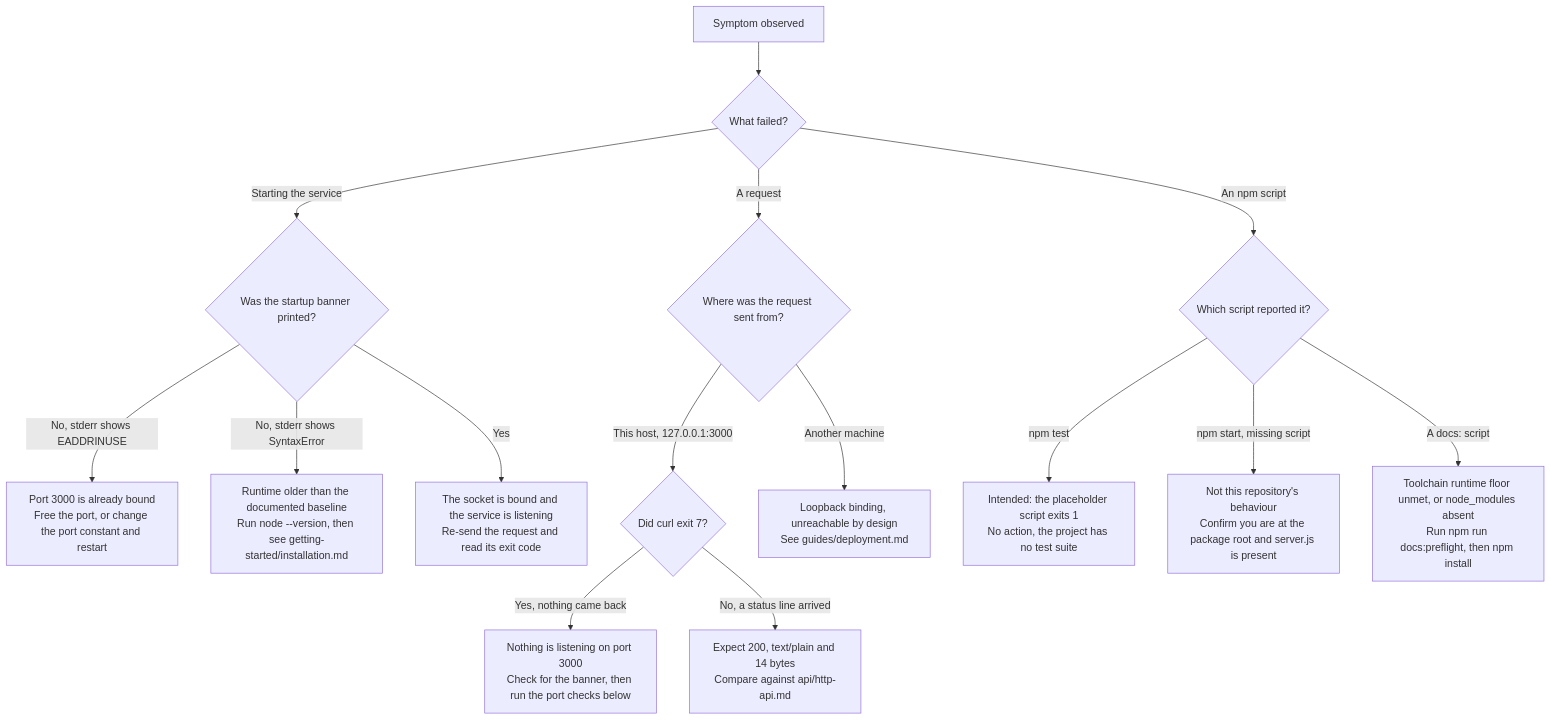
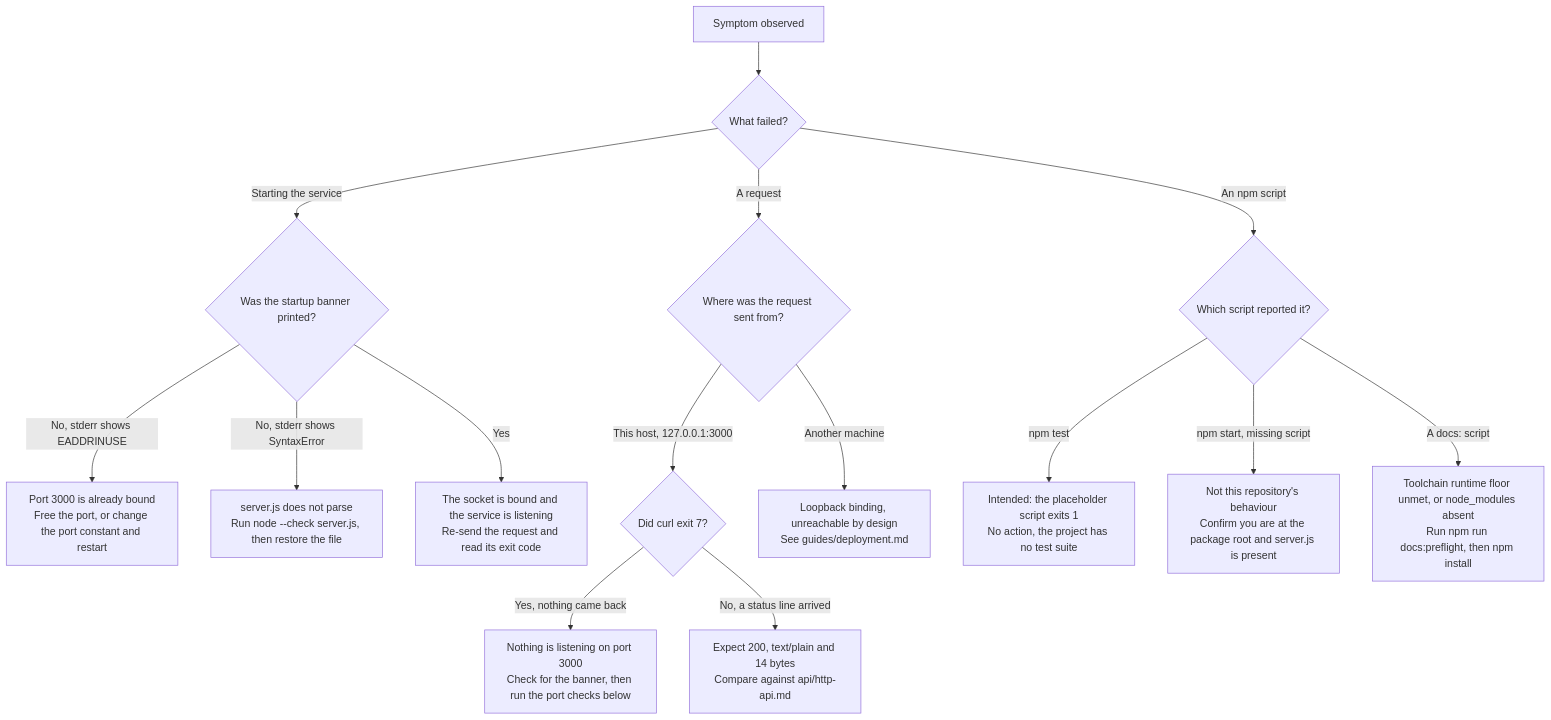
Before and after one commit to Sandeep01Kumar/existing-projects-qa-test-03-dec: the diagram in docs/guides/troubleshooting.md, drawn with Mermaid. The commit also changed other lines of this file and 15 other files, not shown here.

````diff
--- a/docs/guides/troubleshooting.md
+++ b/docs/guides/troubleshooting.md
@@ -28,22 +44,25 @@
 ```mermaid
 flowchart TD
     S["Symptom observed"] --> Q0{"What failed?"}
 
     Q0 -->|"Starting the service"| Q1{"Was the startup banner printed?"}
     Q0 -->|"A request"| Q2{"Where was the request sent from?"}
     Q0 -->|"An npm script"| Q4{"Which script reported it?"}
 
     Q1 -->|"No, stderr shows EADDRINUSE"| A1["Port 3000 is already bound<br/>Free the port, or change the port constant and restart"]
-    Q1 -->|"No, stderr shows SyntaxError"| A2["Runtime older than the documented baseline<br/>Run node --version, then see getting-started/installation.md"]
+    Q1 -->|"No, stderr shows SyntaxError"| A2["server.js does not parse<br/>Run node --check server.js, then restore the file"]
     Q1 -->|"Yes"| A3["The socket is bound and the service is listening<br/>Re-send the request and read its exit code"]
 
     Q2 -->|"This host, 127.0.0.1:3000"| Q3{"Did curl exit 7?"}
     Q2 -->|"Another machine"| A6["Loopback binding, unreachable by design<br/>See guides/deployment.md"]
 
     Q3 -->|"Yes, nothing came back"| A4["Nothing is listening on port 3000<br/>Check for the banner, then run the port checks below"]
     Q3 -->|"No, a status line arrived"| A5["Expect 200, text/plain and 14 bytes<br/>Compare against api/http-api.md"]
 
     Q4 -->|"npm test"| A7["Intended: the placeholder script exits 1<br/>No action, the project has no test suite"]
     Q4 -->|"npm start, missing script"| A8["Not this repository's behaviour<br/>Confirm you are at the package root and server.js is present"]
     Q4 -->|"A docs: script"| A9["Toolchain runtime floor unmet, or node_modules absent<br/>Run npm run docs:preflight, then npm install"]
+%% Every branch ends in an action. The SyntaxError branch diagnoses the file
+%% rather than blaming the runtime, and the missing-script branch blames the
+%% working directory or a missing root server.js rather than an unadded script.
 ```
````
